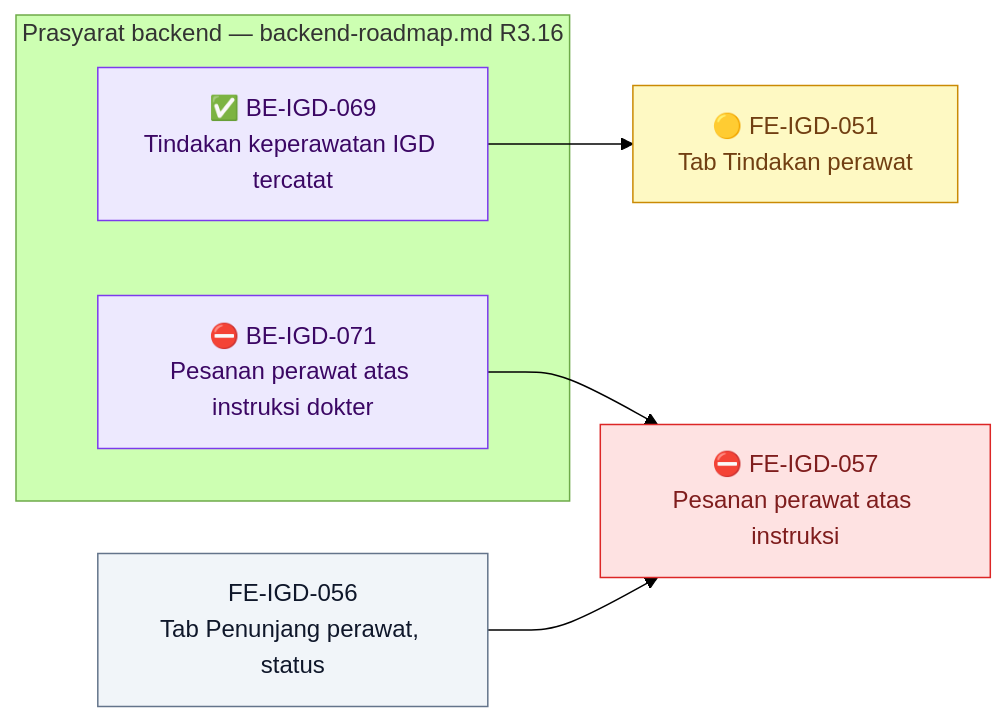
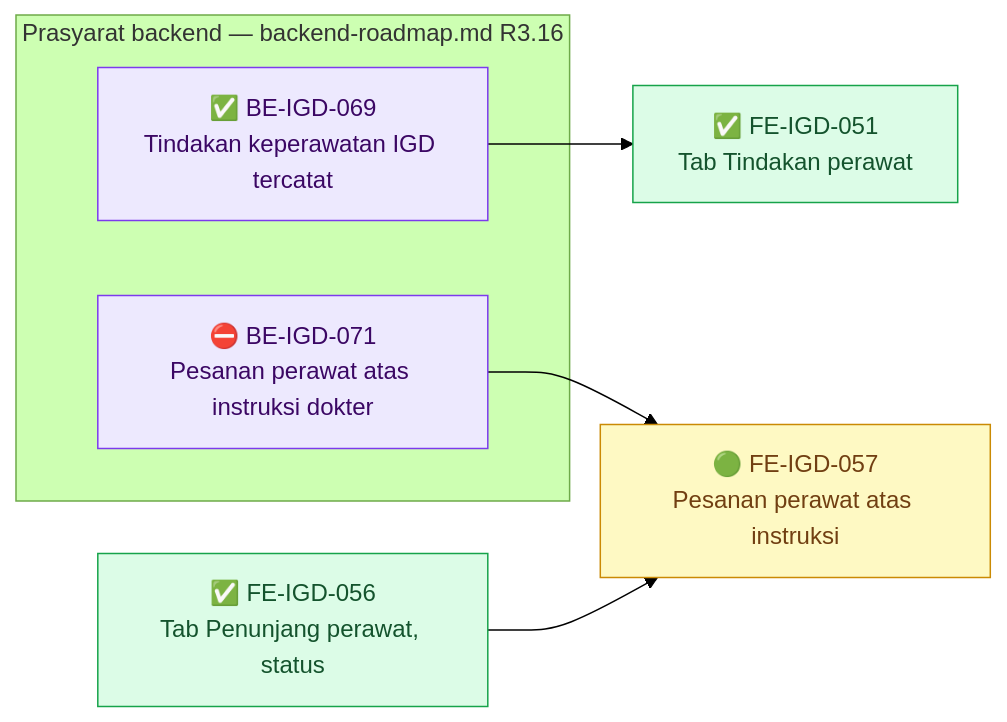
Diagram 18 of 19 in docs/module-blueprints/igd/roadmap/frontend-roadmap.md (DevBenari/NewQuilvianSystemBackend), drawn with Mermaid (forest theme) before and after one commit. The commit also changed other lines of this file and 10 other files, not shown here.

````diff
--- a/docs/module-blueprints/igd/roadmap/frontend-roadmap.md
+++ b/docs/module-blueprints/igd/roadmap/frontend-roadmap.md
@@ -2191,21 +2191,21 @@
 ```mermaid
 flowchart LR
     classDef selesai fill:#DCFCE7,stroke:#16A34A,color:#14532D
     classDef sebagian fill:#FEF9C3,stroke:#CA8A04,color:#713F12
     classDef terblokir fill:#FEE2E2,stroke:#DC2626,color:#7F1D1D
     classDef belum fill:#F1F5F9,stroke:#64748B,color:#0F172A
     classDef luar fill:#EDE9FE,stroke:#7C3AED,color:#3B0764
 
     subgraph backend1404["Prasyarat backend — backend-roadmap.md R3.16"]
         BEIGD069P["✅ BE-IGD-069<br/>Tindakan keperawatan IGD tercatat"]:::luar
         BEIGD071P["⛔ BE-IGD-071<br/>Pesanan perawat atas instruksi dokter"]:::luar
     end
 
-    FEIGD051["🟡 FE-IGD-051<br/>Tab Tindakan perawat"]:::sebagian
-    FEIGD056["FE-IGD-056<br/>Tab Penunjang perawat, status"]:::belum
-    FEIGD057["⛔ FE-IGD-057<br/>Pesanan perawat atas instruksi"]:::terblokir
+    FEIGD051["✅ FE-IGD-051<br/>Tab Tindakan perawat"]:::selesai
+    FEIGD056["✅ FE-IGD-056<br/>Tab Penunjang perawat, status"]:::selesai
+    FEIGD057["🟢 FE-IGD-057<br/>Pesanan perawat atas instruksi"]:::sebagian
 
     BEIGD069P --> FEIGD051
     FEIGD056 --> FEIGD057
     BEIGD071P --> FEIGD057
 ```
````
